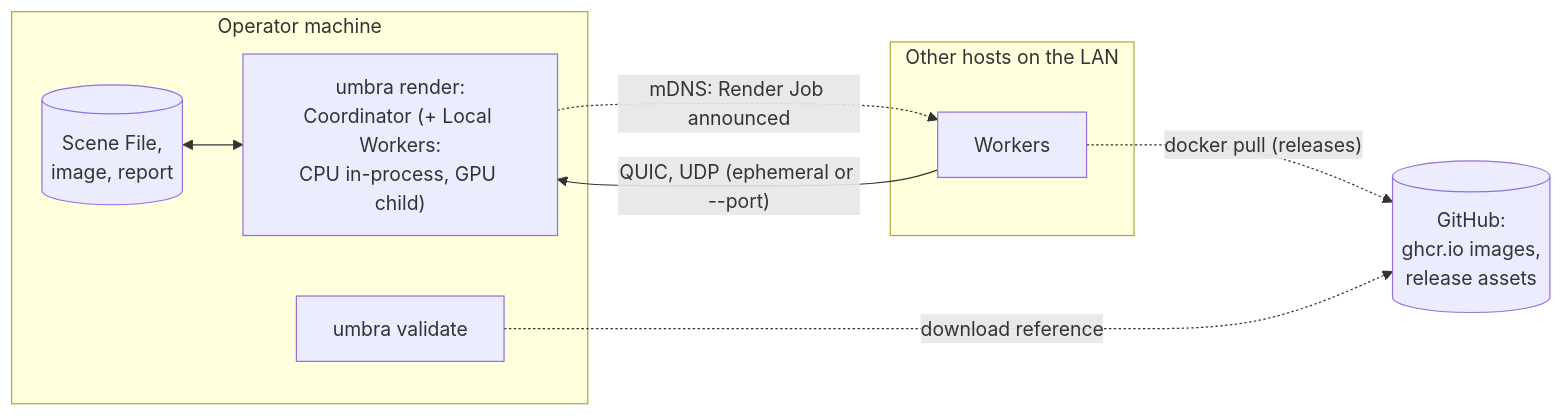
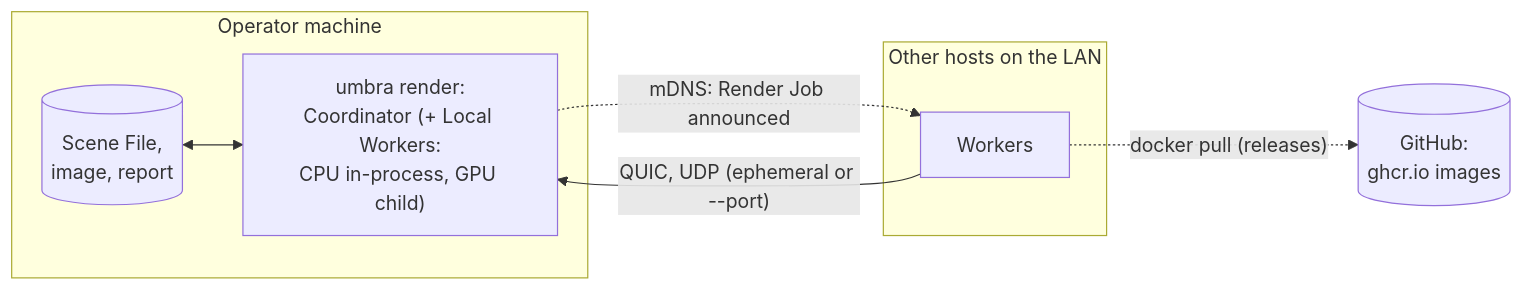
Before and after one commit to sergioffpc/umbra: the second of 2 diagrams in docs/architecture/03-context-and-scope.md, drawn with Mermaid. The commit also changed other lines of this file and 27 other files, not shown here.

````diff
--- a/docs/architecture/03-context-and-scope.md
+++ b/docs/architecture/03-context-and-scope.md
@@ -35,17 +32,15 @@
 ```mermaid
 flowchart LR
     subgraph opm["Operator machine"]
         fs[("Scene File,<br/>image, report")]
         coord["umbra render:<br/>Coordinator (+ Local Workers:<br/>CPU in-process, GPU child)"]
-        val["umbra validate"]
     end
     subgraph hosts["Other hosts on the LAN"]
         w["Workers"]
     end
-    gh[("GitHub:<br/>ghcr.io images,<br/>release assets")]
+    gh[("GitHub:<br/>ghcr.io images")]
     fs <--> coord
     coord -. "mDNS: Render Job announced" .-> w
     w -- "QUIC, UDP (ephemeral or --port)" --> coord
     w -. "docker pull (releases)" .-> gh
-    val -. "download reference" .-> gh
 ```
````
